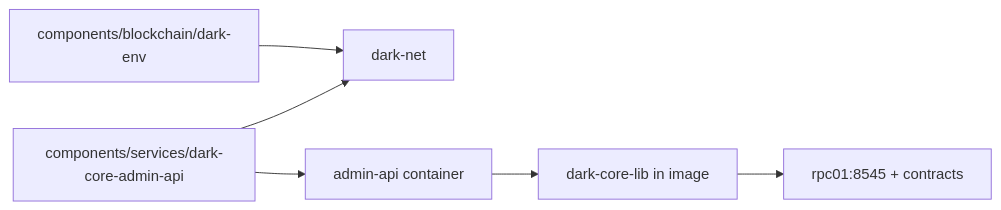
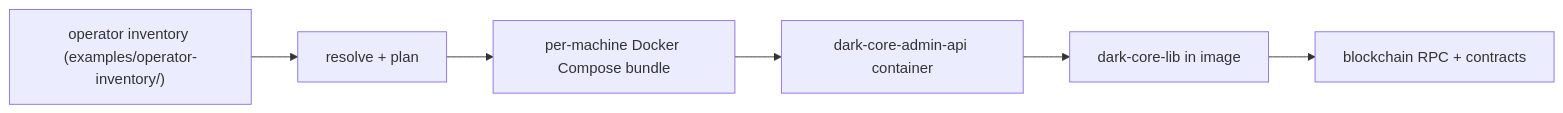
Diagram 11 of 11 in admin-architecture.md (LA-Referencia-IOI/dark-core-admin-api), drawn with Mermaid before and after one commit. The commit also changed other lines of this file and 1 other file, not shown here.

Commit message:
docs: align admin API documentation

````diff
--- a/admin-architecture.md
+++ b/admin-architecture.md
@@ -218,8 +234,8 @@
 ```mermaid
 flowchart LR
-    ENV["components/blockchain/dark-env"] --> NET["dark-net"]
-    ADMIN["components/services/dark-core-admin-api"] --> NET
-    ADMIN --> API["admin-api container"]
-    API --> Core["dark-core-lib in image"]
-    Core --> Chain["rpc01:8545 + contracts"]
+    INV["operator inventory (examples/operator-inventory/)"] --> PLAN["resolve + plan"]
+    PLAN --> BUNDLE["per-machine Docker Compose bundle"]
+    BUNDLE --> ADMIN["dark-core-admin-api container"]
+    ADMIN --> Core["dark-core-lib in image"]
+    Core --> Chain["blockchain RPC + contracts"]
 ```
````
